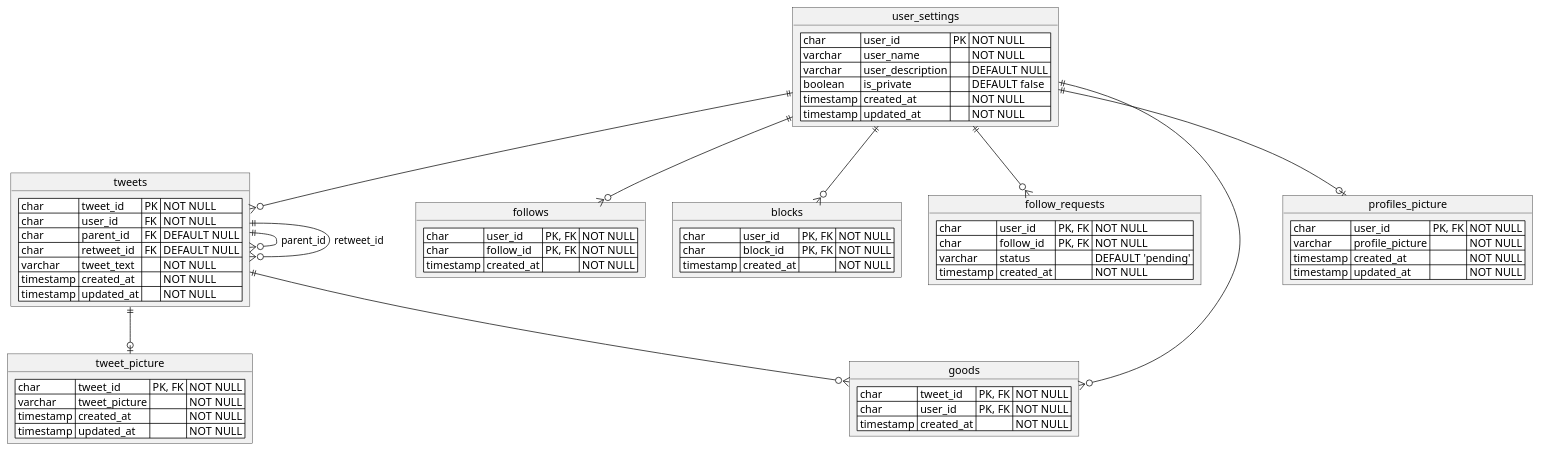
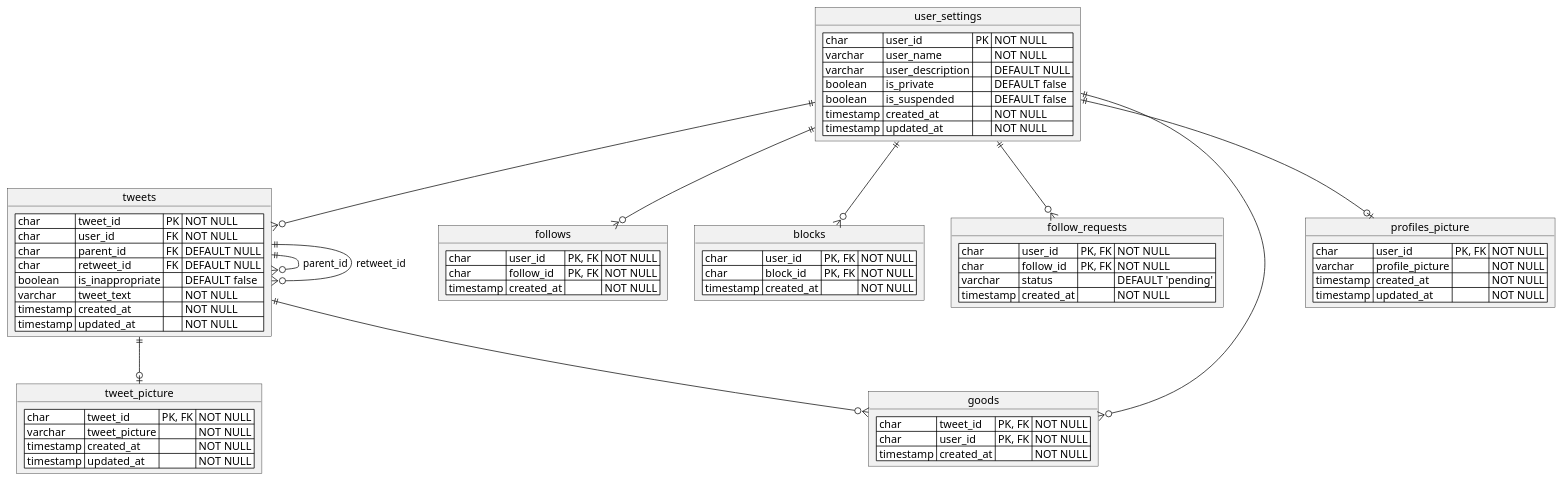
One commit to tetsushi-yamada/hackathon_backend changed the diagram in docs/erd.puml. Above: the diagram before and after it, drawn with PlantUML. The commit also changed 25 other files, not shown here.

```diff
--- a/docs/erd.puml
+++ b/docs/erd.puml
@@ -1,73 +1,75 @@
 @startuml
 
 object user_settings {
     <#white>| char | user_id | PK | NOT NULL |
     <#white>| varchar | user_name | | NOT NULL |
     <#white>| varchar | user_description | | DEFAULT NULL |
     <#white>| boolean | is_private | | DEFAULT false |
+    <#white>| boolean | is_suspended | | DEFAULT false |
     <#white>| timestamp | created_at | | NOT NULL |
     <#white>| timestamp | updated_at | | NOT NULL |
 }
 
 object tweets {
     <#white>| char | tweet_id | PK | NOT NULL |
     <#white>| char | user_id | FK | NOT NULL |
     <#white>| char | parent_id | FK | DEFAULT NULL |
     <#white>| char | retweet_id | FK | DEFAULT NULL |
+    <#white>| boolean | is_inappropriate | | DEFAULT false |
     <#white>| varchar | tweet_text | | NOT NULL |
     <#white>| timestamp | created_at | | NOT NULL |
     <#white>| timestamp | updated_at | | NOT NULL |
 }
 
 object follows {
     <#white>| char | user_id | PK, FK | NOT NULL |
     <#white>| char | follow_id | PK, FK | NOT NULL |
     <#white>| timestamp | created_at | | NOT NULL |
 }
 
 object blocks {
     <#white>| char | user_id | PK, FK | NOT NULL |
     <#white>| char | block_id | PK, FK | NOT NULL |
     <#white>| timestamp | created_at | | NOT NULL |
 
 }
 
 object follow_requests {
     <#white>| char | user_id | PK, FK | NOT NULL |
     <#white>| char | follow_id | PK, FK | NOT NULL |
     <#white>| varchar | status | | DEFAULT 'pending' |
     <#white>| timestamp | created_at | | NOT NULL |
 }
 
 object goods {
     <#white>| char | tweet_id | PK, FK | NOT NULL |
     <#white>| char | user_id | PK, FK | NOT NULL |
     <#white>| timestamp | created_at | | NOT NULL |
 }
 
 object profiles_picture {
     <#white>| char | user_id | PK, FK | NOT NULL |
     <#white>| varchar | profile_picture | | NOT NULL |
     <#white>| timestamp | created_at | | NOT NULL |
     <#white>| timestamp | updated_at | | NOT NULL |
 }
 
 object tweet_picture {
     <#white>| char | tweet_id | PK, FK | NOT NULL |
     <#white>| varchar | tweet_picture | | NOT NULL |
     <#white>| timestamp | created_at | | NOT NULL |
     <#white>| timestamp | updated_at | | NOT NULL |
 }
 
 user_settings ||--o{ tweets
 user_settings ||--o{ follows
 user_settings ||--o{ follow_requests
 user_settings ||--o{ blocks
 tweets ||--o{ goods
 user_settings ||--o{ goods
 tweets ||--o{ tweets : parent_id
 tweets ||--o{ tweets : retweet_id
 user_settings ||--o| profiles_picture
 tweets ||--o| tweet_picture
 
 @enduml
```
